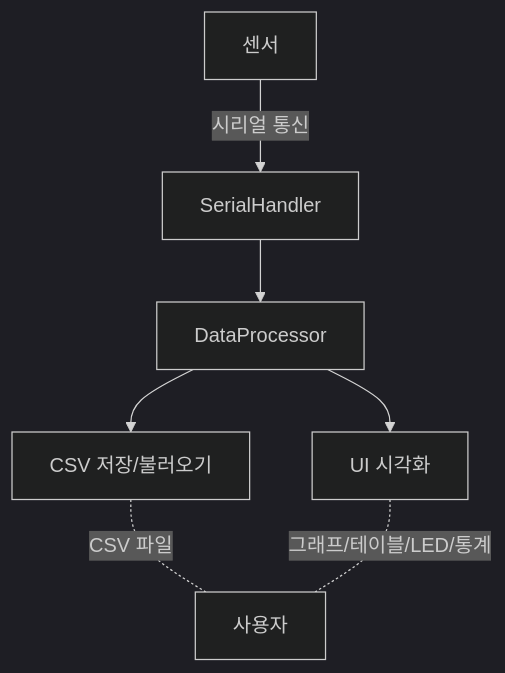
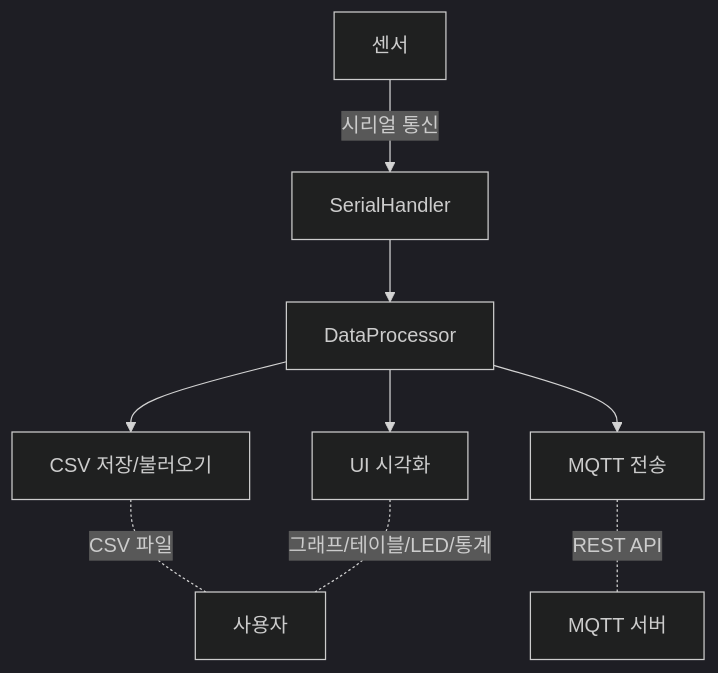
The diagram in README.md (dwkim0101/capstone_iot), drawn with Mermaid (dark theme) before and after one commit. The commit also changed other lines of this file, not shown here.

````diff
--- a/README.md
+++ b/README.md
@@ -102,9 +126,11 @@
 ```mermaid
 graph TD;
     A[센서] --시리얼 통신--> B[SerialHandler]
     B --> C[DataProcessor]
     C --> D[CSV 저장/불러오기]
     C --> E[UI 시각화]
-    D -.CSV 파일.- F[사용자]
-    E -.그래프/테이블/LED/통계.- F
+    C --> F[MQTT 전송]
+    D -.CSV 파일.- G[사용자]
+    E -.그래프/테이블/LED/통계.- G
+    F -.REST API.- H[MQTT 서버]
 ```
````
